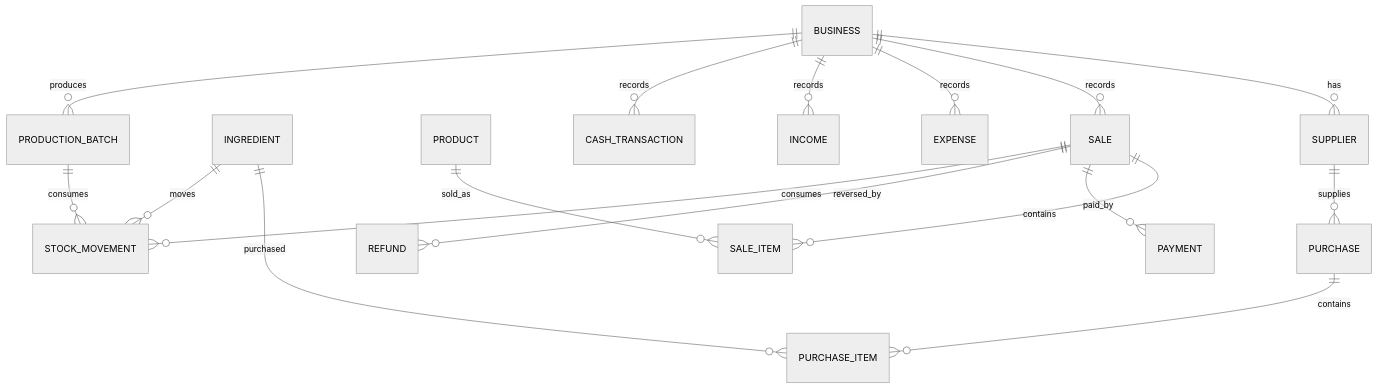
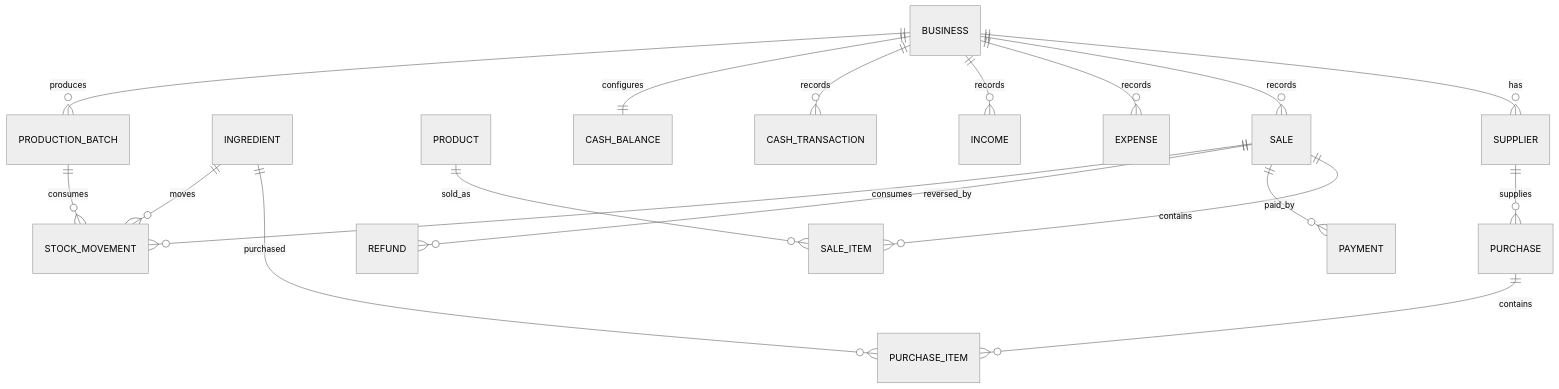
The fifth of 6 diagrams in PRD.md (zagoourai-hub/AI-ASISTEN-Hitung-HPP), drawn with Mermaid (neutral theme) before and after one commit. The commit also changed other lines of this file and 4 other files, not shown here.

````diff
--- a/PRD.md
+++ b/PRD.md
@@ -650,35 +744,37 @@
 ```mermaid
 erDiagram
 
     BUSINESS ||--o{ SUPPLIER : has
 
     SUPPLIER ||--o{ PURCHASE : supplies
 
     PURCHASE ||--o{ PURCHASE_ITEM : contains
 
     INGREDIENT ||--o{ PURCHASE_ITEM : purchased
 
     INGREDIENT ||--o{ STOCK_MOVEMENT : moves
 
     PRODUCT ||--o{ SALE_ITEM : sold_as
 
     SALE ||--o{ SALE_ITEM : contains
 
     SALE ||--o{ PAYMENT : paid_by
 
     SALE ||--o{ REFUND : reversed_by
 
     BUSINESS ||--o{ SALE : records
 
     BUSINESS ||--o{ EXPENSE : records
 
     BUSINESS ||--o{ INCOME : records
 
     BUSINESS ||--o{ CASH_TRANSACTION : records
 
+    BUSINESS ||--|| CASH_BALANCE : configures
+
     BUSINESS ||--o{ PRODUCTION_BATCH : produces
 
     PRODUCTION_BATCH ||--o{ STOCK_MOVEMENT : consumes
 
     SALE ||--o{ STOCK_MOVEMENT : consumes
 ```
````
